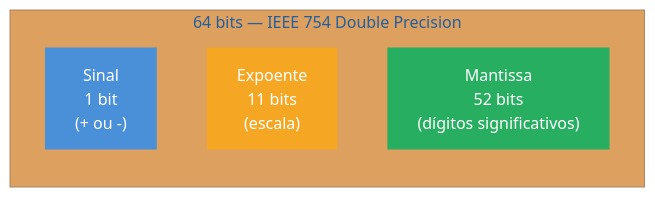
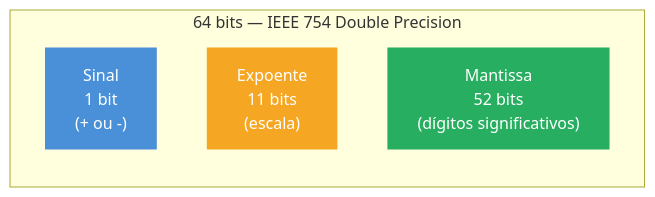
The diagram in 03-Dominios/Tecnologia/JavaScript/13 - Números, BigInt e precisão.md (josenaldo/codex-technomanticus), drawn with Mermaid before and after one commit. The commit also changed 1181 other files, not shown here.

First line of the commit message:
fix(diagramas): paleta do sistema no lugar de cor cravada no markdown

````diff
--- a/03-Dominios/Tecnologia/JavaScript/13 - Números, BigInt e precisão.md
+++ b/03-Dominios/Tecnologia/JavaScript/13 - Números, BigInt e precisão.md
@@ -35,13 +35,12 @@
 ```mermaid
-%%{init: {"theme": "base", "themeVariables": {"primaryColor": "#4A90D9", "edgeLabelBackground": "#ffffff"}}}%%
 graph LR
+    classDef azul fill:#4A90D9,color:#fff,stroke:none
+    classDef ambar fill:#F5A623,color:#fff,stroke:none
+    classDef verde fill:#27AE60,color:#fff,stroke:none
     subgraph 64 bits ["64 bits — IEEE 754 Double Precision"]
         S["Sinal\n1 bit\n(+ ou -)"]:::azul
         E["Expoente\n11 bits\n(escala)"]:::ambar
         M["Mantissa\n52 bits\n(dígitos significativos)"]:::verde
     end
 
-    classDef azul fill:#4A90D9,color:#fff,stroke:none
-    classDef ambar fill:#F5A623,color:#fff,stroke:none
-    classDef verde fill:#27AE60,color:#fff,stroke:none
 ```
````
